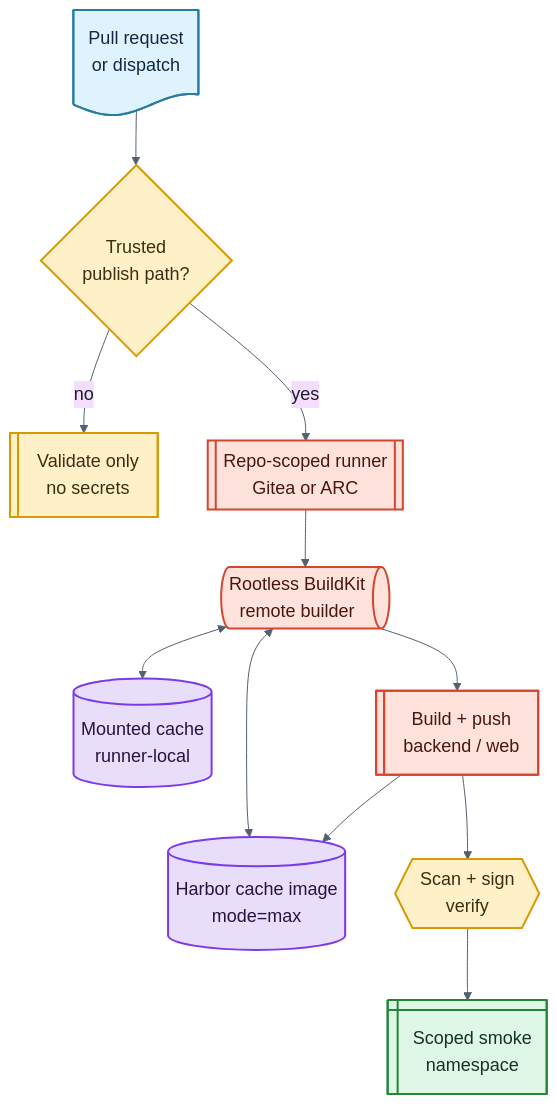
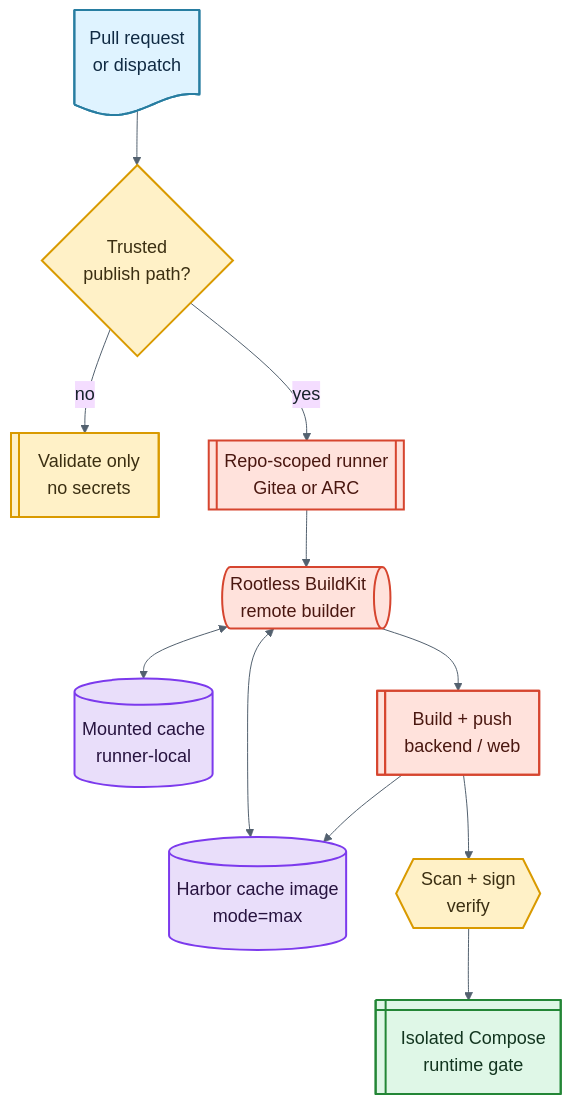
The diagram in docs/runner-options.md (cazlo/supply-chain-as-a-service), drawn with Mermaid before and after one commit. The commit also changed other lines of this file and 14 other files, not shown here.

````diff
--- a/docs/runner-options.md
+++ b/docs/runner-options.md
@@ -23,32 +23,32 @@
 ```mermaid
 %%{init: {"theme": "base", "themeVariables": {"fontSize": "18px", "fontFamily": "Inter, ui-sans-serif, system-ui", "primaryTextColor": "#17212b", "lineColor": "#53616f"}} }%%
 flowchart TB
   pr@{ shape: doc, label: "Pull request<br/>or dispatch" }
   gate@{ shape: diam, label: "Trusted<br/>publish path?" }
   validate@{ shape: lin-rect, label: "Validate only<br/>no secrets" }
   runner@{ shape: fr-rect, label: "Repo-scoped runner<br/>Gitea or ARC" }
   buildkit@{ shape: h-cyl, label: "Rootless BuildKit<br/>remote builder" }
   localcache@{ shape: cyl, label: "Mounted cache<br/>runner-local" }
   cache@{ shape: cyl, label: "Harbor cache image<br/>mode=max" }
   publish@{ shape: lin-rect, label: "Build + push<br/>backend / web" }
   sign@{ shape: hex, label: "Scan + sign<br/>verify" }
-  smoke@{ shape: win-pane, label: "Scoped smoke<br/>namespace" }
+  smoke@{ shape: win-pane, label: "Isolated Compose<br/>runtime gate" }
 
   pr --> gate
   gate -- no --> validate
   gate -- yes --> runner --> buildkit --> publish --> sign --> smoke
   buildkit <--> localcache
   buildkit <--> cache
   publish --> cache
 
   classDef source fill:#dff3ff,stroke:#277da1,stroke-width:2px,color:#102a43,font-size:18px
   classDef policy fill:#fff1c7,stroke:#d99a00,stroke-width:2px,color:#3b2f12,font-size:18px
   classDef build fill:#ffe2dc,stroke:#d6452f,stroke-width:2px,color:#4a1710,font-size:18px
   classDef registry fill:#e9defa,stroke:#7c3aed,stroke-width:2px,color:#27133f,font-size:18px
   classDef deploy fill:#dff7e7,stroke:#238636,stroke-width:2px,color:#12351f,font-size:18px
   class pr source
   class gate,validate,sign policy
   class runner,buildkit,publish build
   class localcache,cache registry
   class smoke deploy
 ```
````
